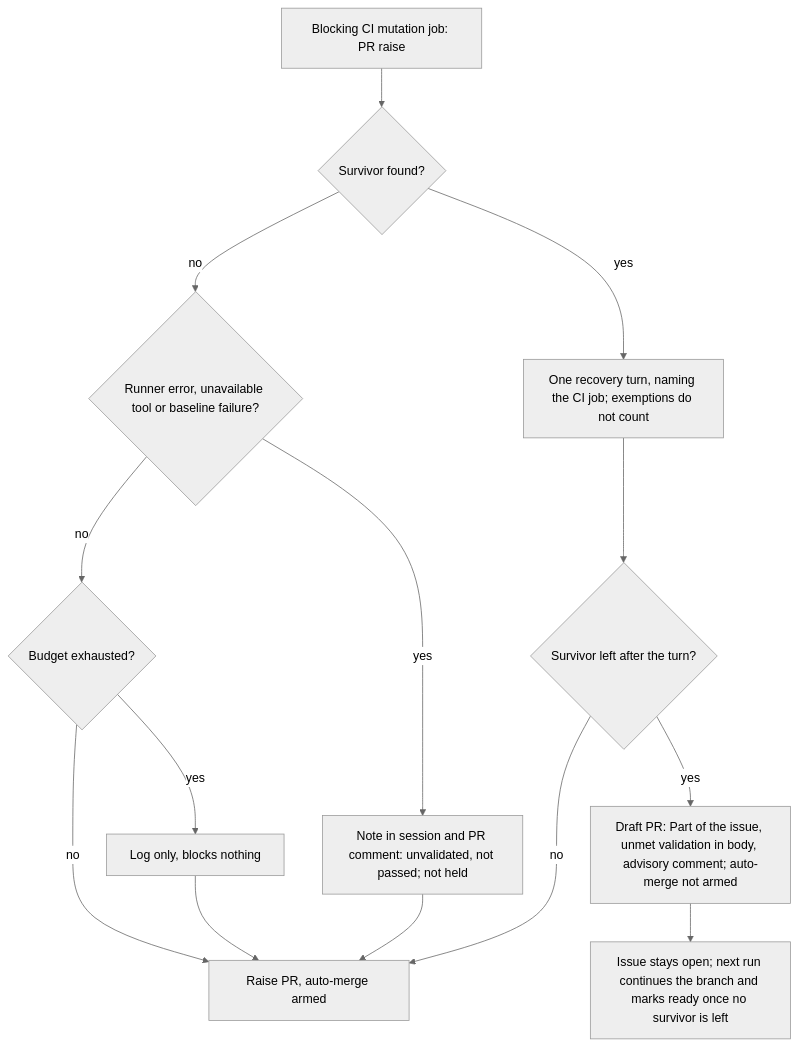
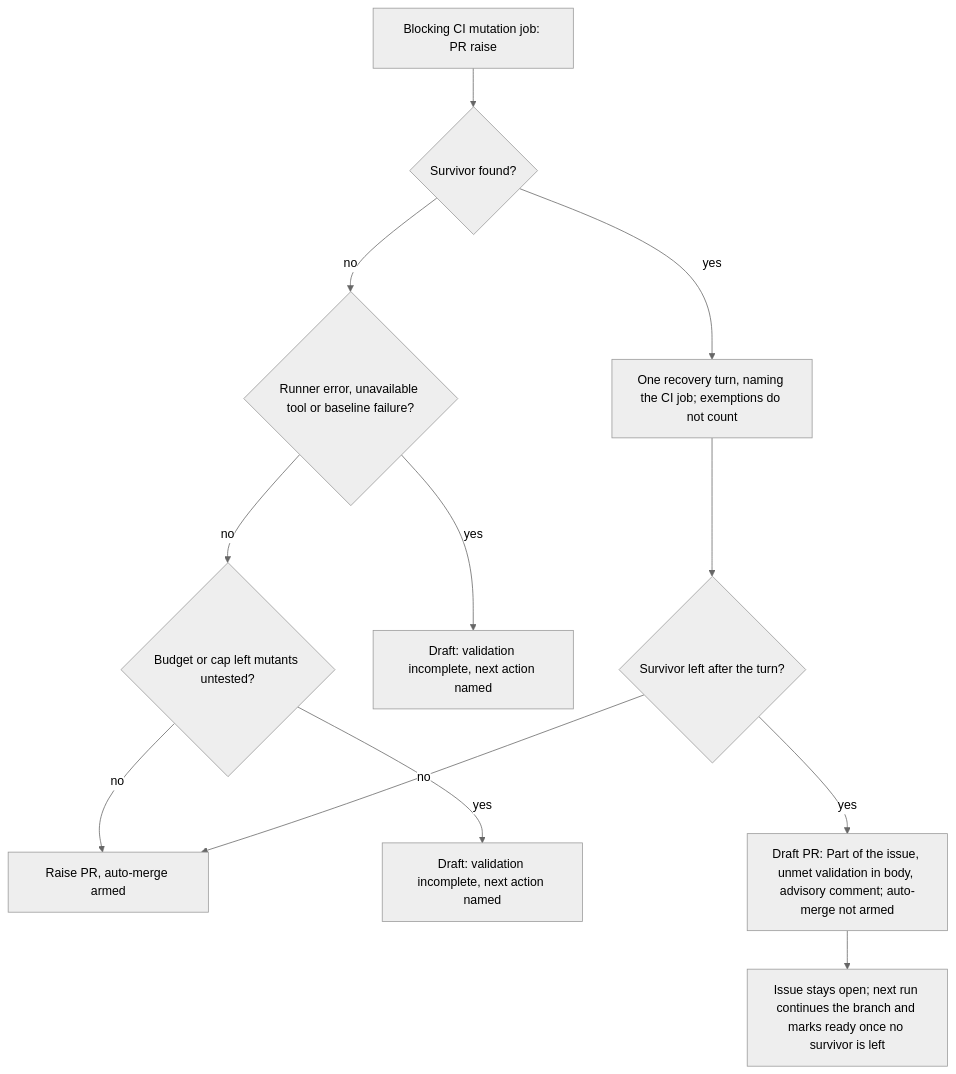
Before and after one commit to stSoftwareAU/VibeCoder: the second of 3 diagrams in docs/mutation-check.md, drawn with Mermaid (neutral theme). The commit also changed other lines of this file and 1 other file, not shown here.

Commit message:
Describe the held-validation, deferral-draft and CI-flag changes in the summary and docs (Issue #4617)

````diff
--- a/docs/mutation-check.md
+++ b/docs/mutation-check.md
@@ -110,16 +120,14 @@
 ```mermaid
 flowchart TD
     A["Blocking CI mutation job: PR raise"] --> B{"Survivor found?"}
     B -- no --> C{"Runner error, unavailable tool or baseline failure?"}
-    C -- no --> K{"Budget exhausted?"}
+    C -- no --> K{"Budget or cap left mutants untested?"}
     K -- no --> Z["Raise PR, auto-merge armed"]
-    K -- yes --> L["Log only, blocks nothing"]
-    L --> Z
-    C -- yes --> N["Note in session and PR comment: unvalidated, not passed; not held"]
-    N --> Z
+    K -- yes --> L["Draft: validation incomplete, next action named"]
+    C -- yes --> N["Draft: validation incomplete, next action named"]
     B -- yes --> R["One recovery turn, naming the CI job; exemptions do not count"]
     R --> S{"Survivor left after the turn?"}
     S -- no --> Z
     S -- yes --> D["Draft PR: Part of the issue, unmet validation in body, advisory comment; auto-merge not armed"]
     D --> I["Issue stays open; next run continues the branch and marks ready once no survivor is left"]
 ```
````
